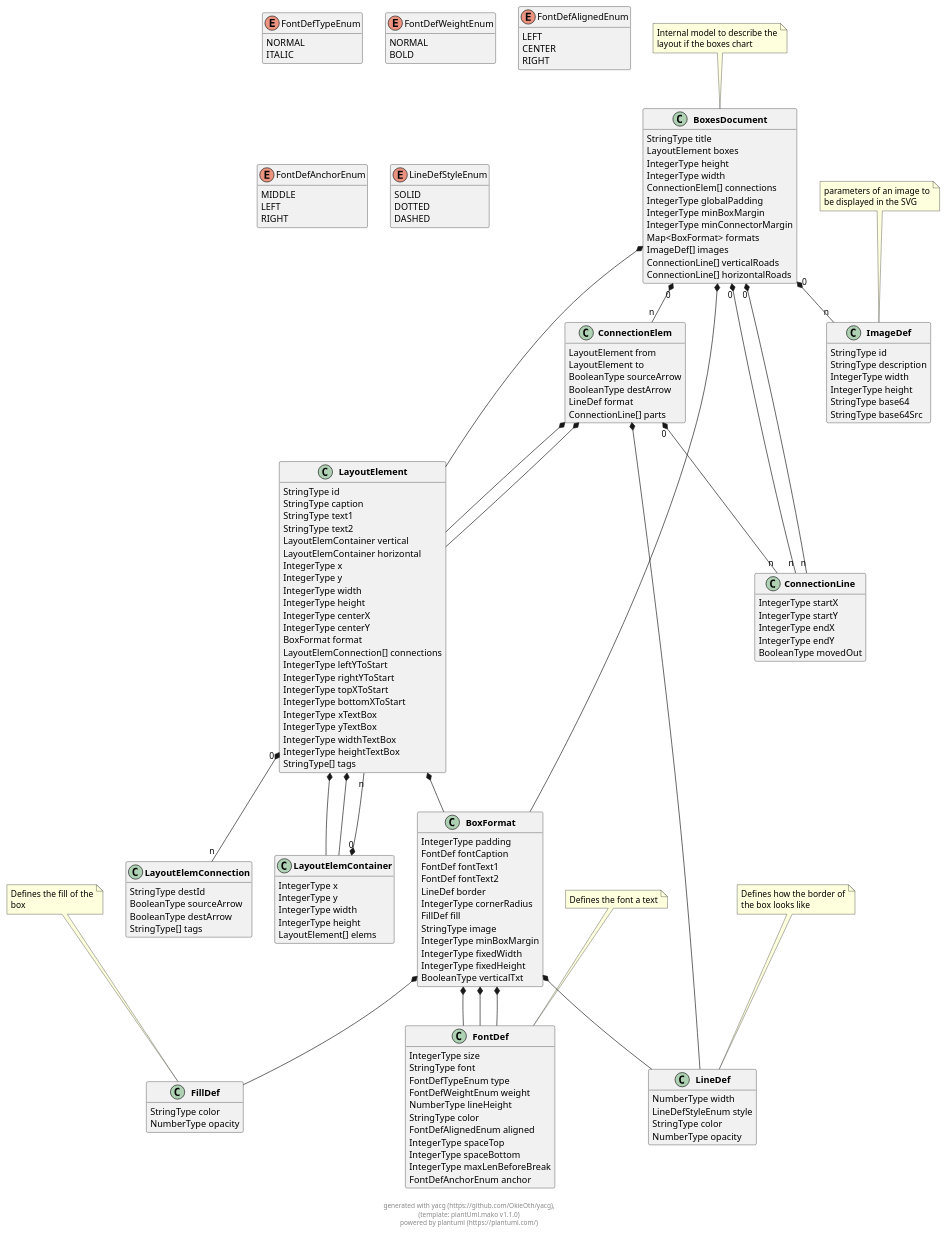
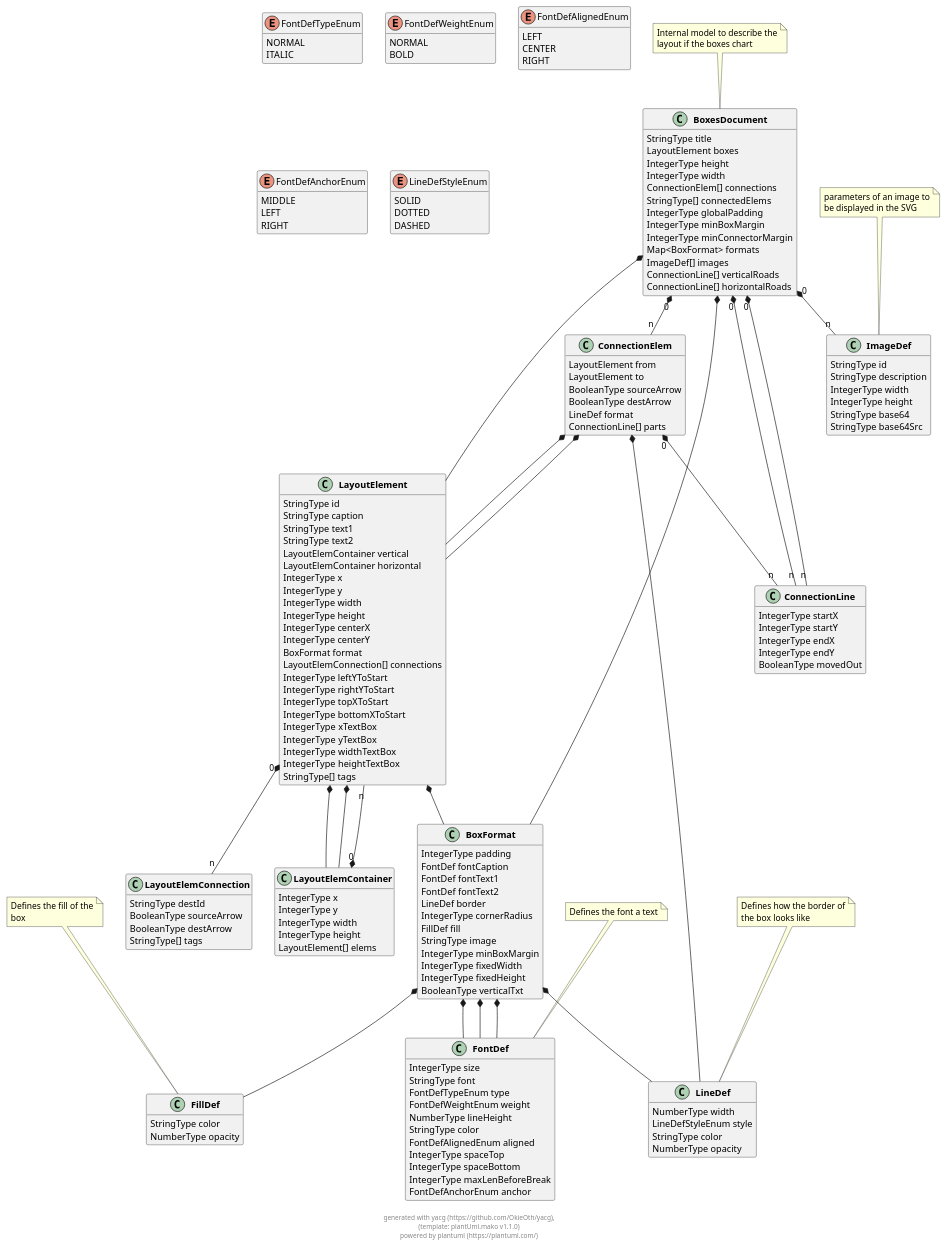
One commit to OkieOth/draw.chart.things changed the diagram in docs/models/puml/boxes_document.puml. Above: the diagram before and after it, drawn with PlantUML. The commit also changed 11 other files, not shown here.

```diff
--- a/docs/models/puml/boxes_document.puml
+++ b/docs/models/puml/boxes_document.puml
@@ -10,6 +10,7 @@
         IntegerType height
         IntegerType width
         ConnectionElem[] connections
+        StringType[] connectedElems
         IntegerType globalPadding
         IntegerType minBoxMargin
         IntegerType minConnectorMargin
@@ -195,6 +196,7 @@
 
 
 
+
 BoxesDocument  *--  BoxFormat
 
 BoxesDocument "0" *-- "n" ImageDef
```
